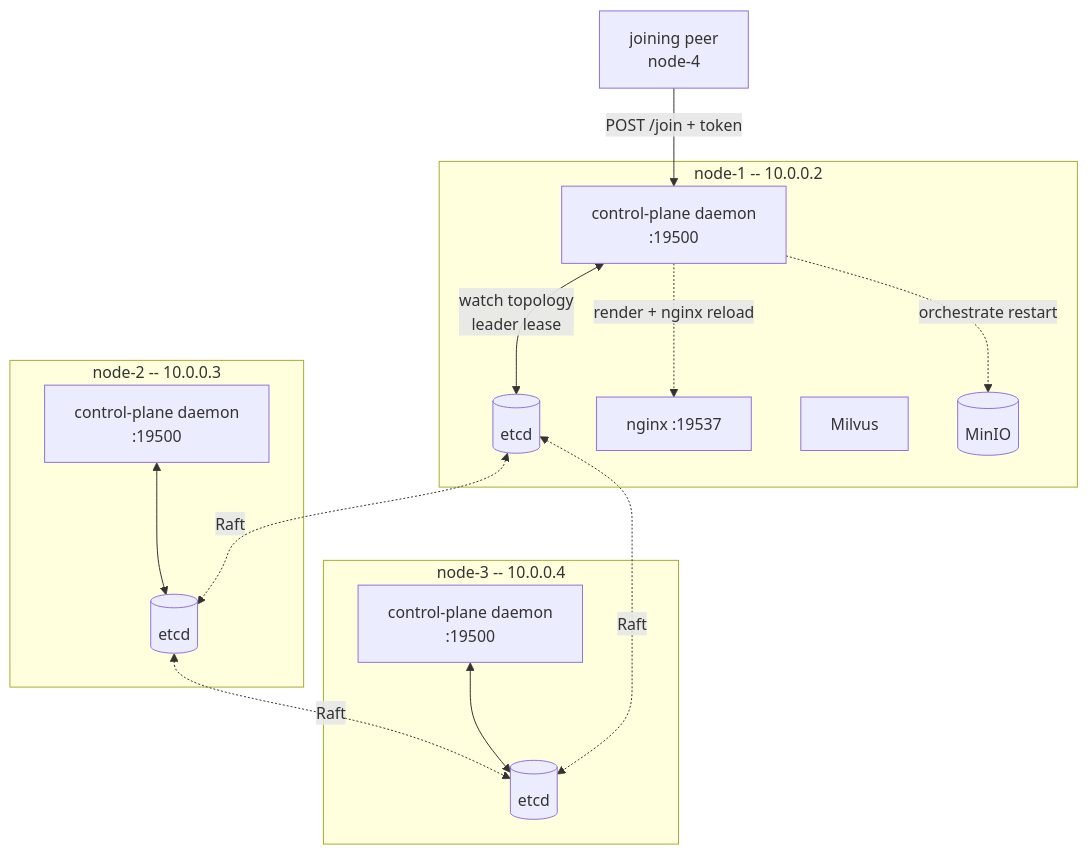
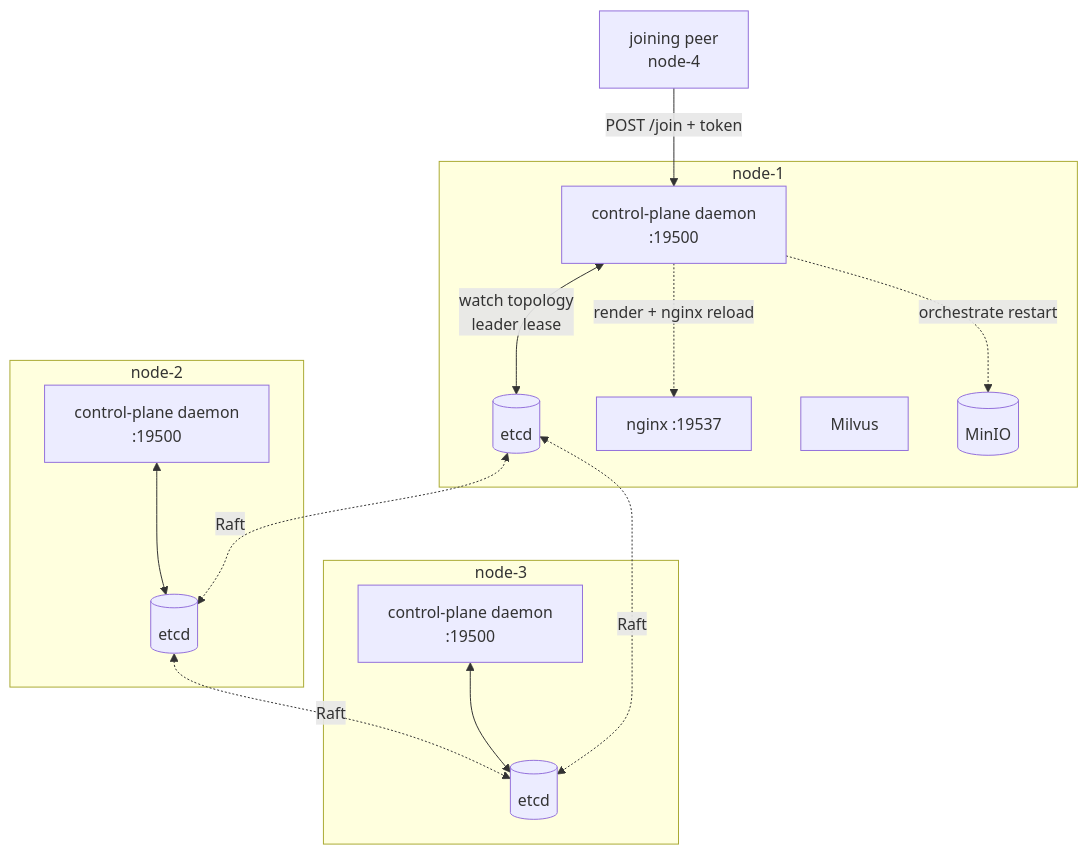
One commit to codeadeel/milvus-onprem changed the first of 4 diagrams in docs/CONTROL_PLANE.md. Above: the diagram before and after it, drawn with Mermaid. The commit also changed other lines of this file and 27 other files, not shown here.

````diff
--- a/docs/CONTROL_PLANE.md
+++ b/docs/CONTROL_PLANE.md
@@ -89,28 +43,28 @@
 ```mermaid
 flowchart TB
-  subgraph node1[node-1 -- 10.0.0.2]
+  subgraph node1[node-1]
     cp1[control-plane daemon<br/>:19500]
     etcd1[(etcd)]
     minio1[(MinIO)]
     ml1[Milvus]
     nginx1[nginx :19537]
     cp1 <-->|watch topology<br/>leader lease| etcd1
     cp1 -.->|render + nginx reload| nginx1
     cp1 -.->|orchestrate restart| minio1
   end
-  subgraph node2[node-2 -- 10.0.0.3]
+  subgraph node2[node-2]
     cp2[control-plane daemon<br/>:19500]
     etcd2[(etcd)]
     cp2 <--> etcd2
   end
-  subgraph node3[node-3 -- 10.0.0.4]
+  subgraph node3[node-3]
     cp3[control-plane daemon<br/>:19500]
     etcd3[(etcd)]
     cp3 <--> etcd3
   end
   etcd1 <-.->|Raft| etcd2
   etcd2 <-.->|Raft| etcd3
   etcd1 <-.->|Raft| etcd3
 
   client[joining peer<br/>node-4] -->|POST /join + token| cp1
 ```
````
